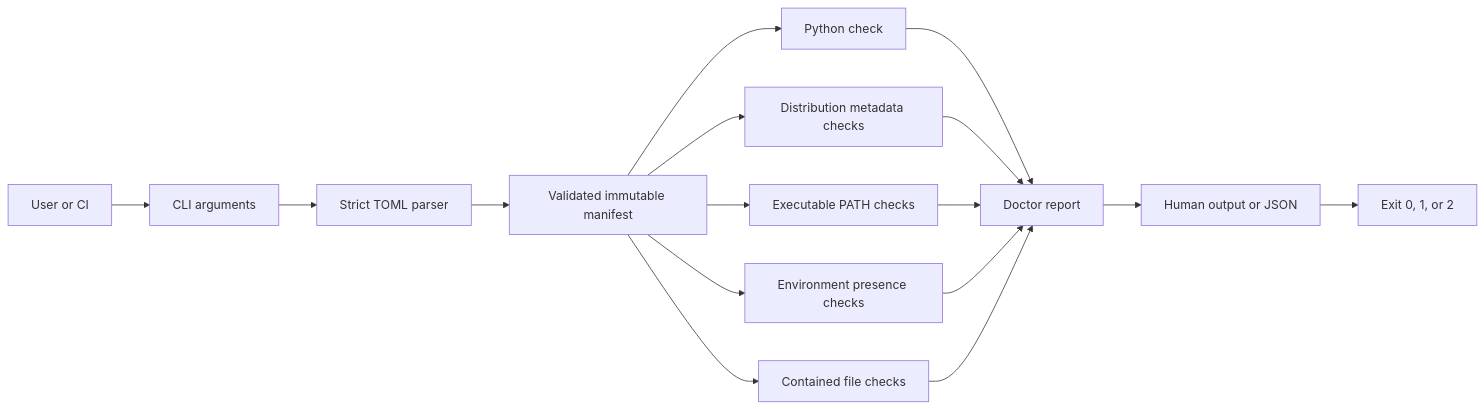
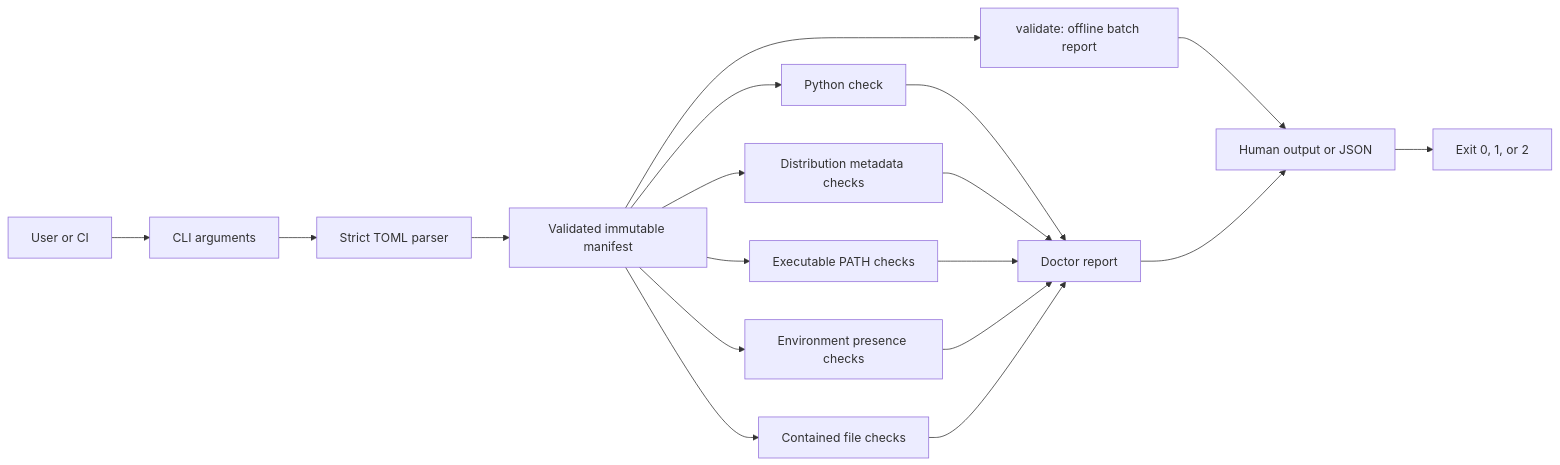
Before and after one commit to Deathcharge/samsarix-platform: the diagram in docs/ARCHITECTURE.md, drawn with Mermaid. The commit also changed other lines of this file and 26 other files, not shown here.

````diff
--- a/docs/ARCHITECTURE.md
+++ b/docs/ARCHITECTURE.md
@@ -7,18 +7,20 @@
 ```mermaid
 flowchart LR
     A["User or CI"] --> B["CLI arguments"]
     B --> C["Strict TOML parser"]
     C --> D["Validated immutable manifest"]
+    D --> V["validate: offline batch report"]
+    V --> J
     D --> E["Python check"]
     D --> F["Distribution metadata checks"]
     D --> G["Executable PATH checks"]
     D --> H["Environment presence checks"]
     D --> L["Contained file checks"]
     E --> I["Doctor report"]
     F --> I
     G --> I
     H --> I
     L --> I
     I --> J["Human output or JSON"]
     J --> K["Exit 0, 1, or 2"]
 ```
````
